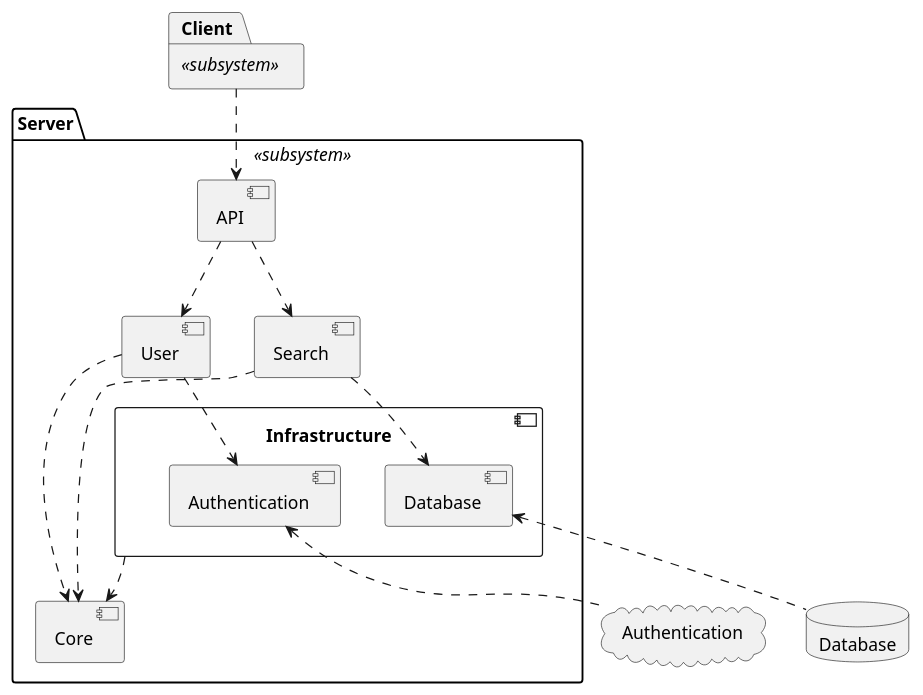
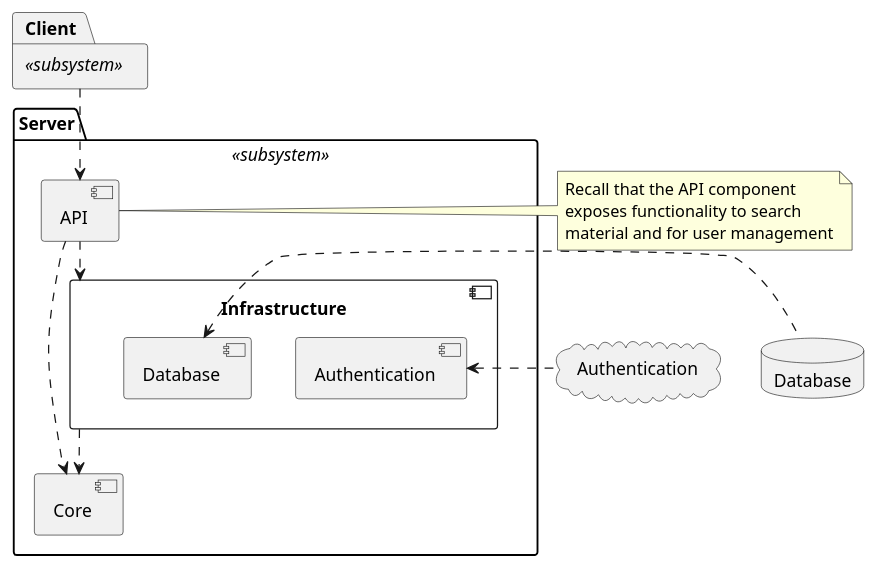
The diagram in docs/uml/subsystem-decomp.puml (toffernator/blueberry), drawn with PlantUML before and after one commit.

Commit message:
No Search/User Component with Note

```diff
--- a/docs/uml/subsystem-decomp.puml
+++ b/docs/uml/subsystem-decomp.puml
@@ -1,32 +1,31 @@
 @startuml
 
 package "Client" <<subsystem>>
 cloud Authentication
 database Database
 
 package "Server" <<subsystem>> {
-    component "User"
-    component "Search"
     [Core]
     [API]
     component "Infrastructure" {
         [Database] as InfDb
         [Authentication] as InfAuth
     }
 }
 
 Client .down.> API
-Authentication .up.> InfAuth
-Database .up.> InfDb
+Authentication .left.> InfAuth
+Database .left.> InfDb
 
-API .down.> Search
-API .down.> User
-Search ..> Core
-Search .down.> InfDb
-User ..> Core
-User .down.> InfAuth
+API ..> Infrastructure
+API ..> Core
+
 Infrastructure ..> Core
 
-
+Note left of API
+    Recall that the API component
+    exposes functionality to search
+    material and for user management
+end note
 
 @enduml
```
